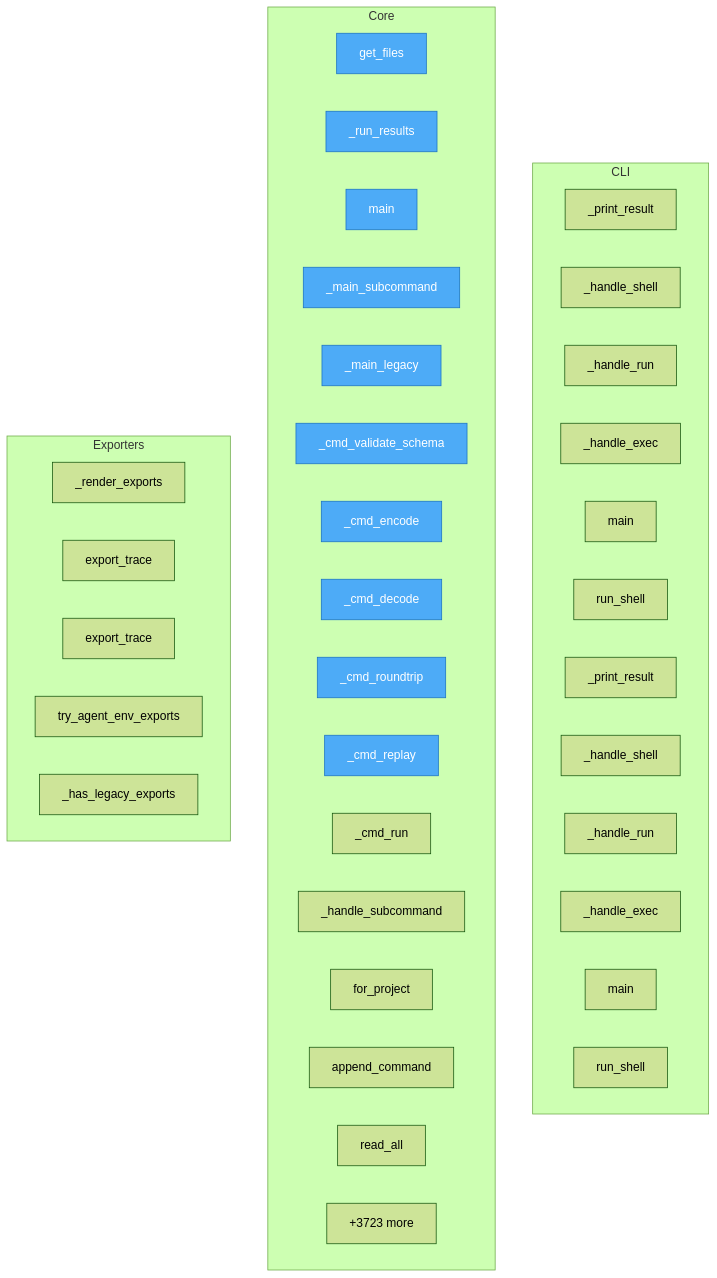
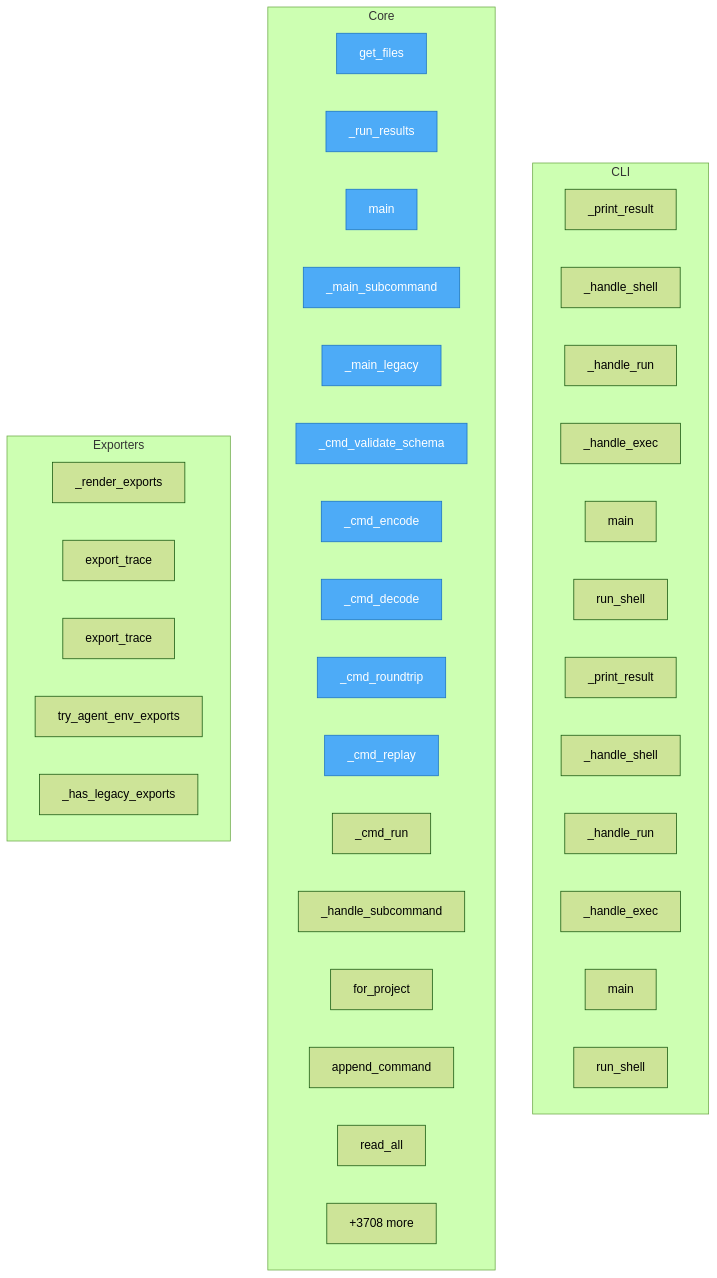
One commit to semcod/koru changed the diagram in project/flow.mmd. Above: the diagram before and after it, drawn with Mermaid (forest theme). The commit also changed 25 other files, not shown here.

```diff
--- a/project/flow.mmd
+++ b/project/flow.mmd
@@ -1,49 +1,49 @@
 flowchart TD
-%% generated in 1.37s
+%% generated in 0.96s
 
     %% Entry points (blue)
     classDef entry fill:#4dabf7,stroke:#1971c2,color:#fff
 
     subgraph CLI
         packages__cli2koru__src__cli2koru__cli___print_result["_print_result"]
         packages__cli2koru__src__cli2koru__cli___handle_shell["_handle_shell"]
         packages__cli2koru__src__cli2koru__cli___handle_run["_handle_run"]
         packages__cli2koru__src__cli2koru__cli___handle_exec["_handle_exec"]
         packages__cli2koru__src__cli2koru__cli__main["main"]
         packages__cli2koru__src__cli2koru__shell__run_shell["run_shell"]
         packages__cli2coru__src__cli2coru__cli___print_result["_print_result"]
         packages__cli2coru__src__cli2coru__cli___handle_shell["_handle_shell"]
         packages__cli2coru__src__cli2coru__cli___handle_run["_handle_run"]
         packages__cli2coru__src__cli2coru__cli___handle_exec["_handle_exec"]
         packages__cli2coru__src__cli2coru__cli__main["main"]
         packages__cli2coru__src__cli2coru__shell__run_shell["run_shell"]
     end
 
     subgraph Core
         check_dups__get_files["get_files"]
         packages__dsl2koru__src__dsl2koru__cli___run_results["_run_results"]
         packages__dsl2koru__src__dsl2koru__cli__main["main"]
         packages__dsl2koru__src__dsl2koru__cli___main_subcommand["_main_subcommand"]
         packages__dsl2koru__src__dsl2koru__cli___main_legacy["_main_legacy"]
         packages__dsl2koru__src__dsl2koru__cli___cmd_validate_schema["_cmd_validate_schema"]
         packages__dsl2koru__src__dsl2koru__cli___cmd_encode["_cmd_encode"]
         packages__dsl2koru__src__dsl2koru__cli___cmd_decode["_cmd_decode"]
         packages__dsl2koru__src__dsl2koru__cli___cmd_roundtrip["_cmd_roundtrip"]
         packages__dsl2koru__src__dsl2koru__cli___cmd_replay["_cmd_replay"]
         packages__dsl2koru__src__dsl2koru__cli___cmd_run["_cmd_run"]
         packages__dsl2koru__src__dsl2koru__cli___handle_subcommand["_handle_subcommand"]
         packages__dsl2koru__src__dsl2koru__events__EventStore__for_project["for_project"]
         packages__dsl2koru__src__dsl2koru__events__EventStore__append_command["append_command"]
         packages__dsl2koru__src__dsl2koru__events__EventStore__read_all["read_all"]
-        ...["+3723 more"]
+        ...["+3708 more"]
     end
 
     subgraph Exporters
         packages__koruenv__src__koruenv__cli___render_exports["_render_exports"]
         packages__nlpshim__src__nlpshim__conversation_client__ConversationTestClient__export_trace["export_trace"]
         packages__nlpshim__src__nlpshim__conversation_test_api__export_trace["export_trace"]
         src__koru__agent_cli_helpers__try_agent_env_exports["try_agent_env_exports"]
         src__koru__cli___has_legacy_exports["_has_legacy_exports"]
     end
 
     class check_dups__get_files,packages__dsl2koru__src__dsl2koru__cli___run_results,packages__dsl2koru__src__dsl2koru__cli__main,packages__dsl2koru__src__dsl2koru__cli___main_subcommand,packages__dsl2koru__src__dsl2koru__cli___main_legacy,packages__dsl2koru__src__dsl2koru__cli___cmd_validate_schema,packages__dsl2koru__src__dsl2koru__cli___cmd_encode,packages__dsl2koru__src__dsl2koru__cli___cmd_decode,packages__dsl2koru__src__dsl2koru__cli___cmd_roundtrip,packages__dsl2koru__src__dsl2koru__cli___cmd_replay entry
```
